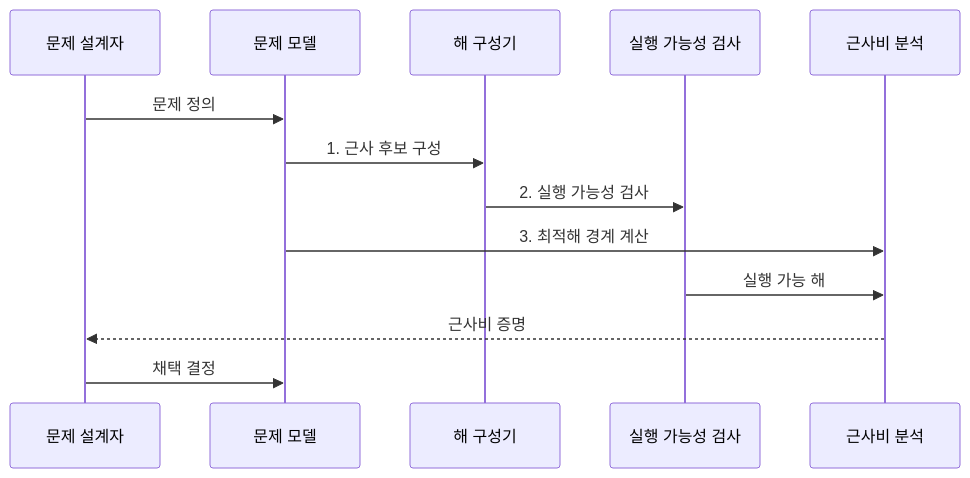
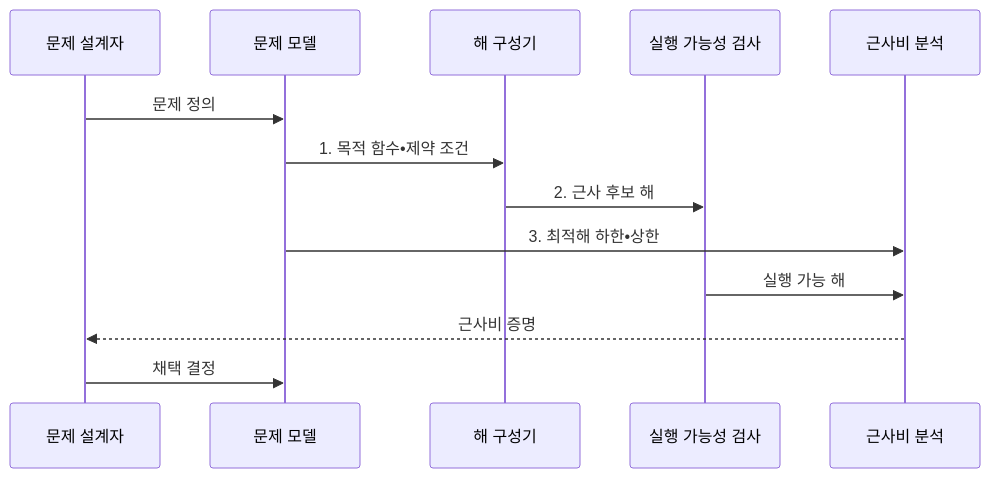
One commit to agnusdei1207/knowledge-base changed the second of 2 diagrams in src/content/docs/notes/01-basic-theory/060_approximation_algo.md. Above: the diagram before and after it, drawn with Mermaid. The commit also changed other lines of this file and 5 other files, not shown here.

````diff
--- a/src/content/docs/notes/01-basic-theory/060_approximation_algo.md
+++ b/src/content/docs/notes/01-basic-theory/060_approximation_algo.md
@@ -83,15 +85,15 @@
 ```mermaid
 sequenceDiagram
     participant D as 문제 설계자
     participant M as 문제 모델
     participant C as 해 구성기
     participant V as 실행 가능성 검사
     participant B as 근사비 분석
     D->>M: 문제 정의
-    M->>C: 1. 근사 후보 구성
-    C->>V: 2. 실행 가능성 검사
-    M->>B: 3. 최적해 경계 계산
+    M->>C: 1. 목적 함수•제약 조건
+    C->>V: 2. 근사 후보 해
+    M->>B: 3. 최적해 하한•상한
     V->>B: 실행 가능 해
     B-->>D: 근사비 증명
     D->>M: 채택 결정
 ```
````
